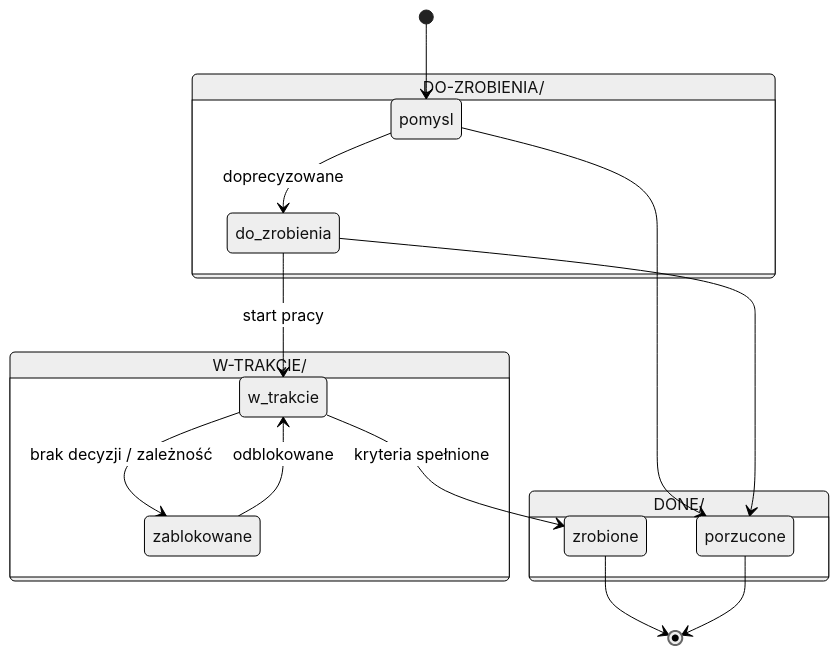
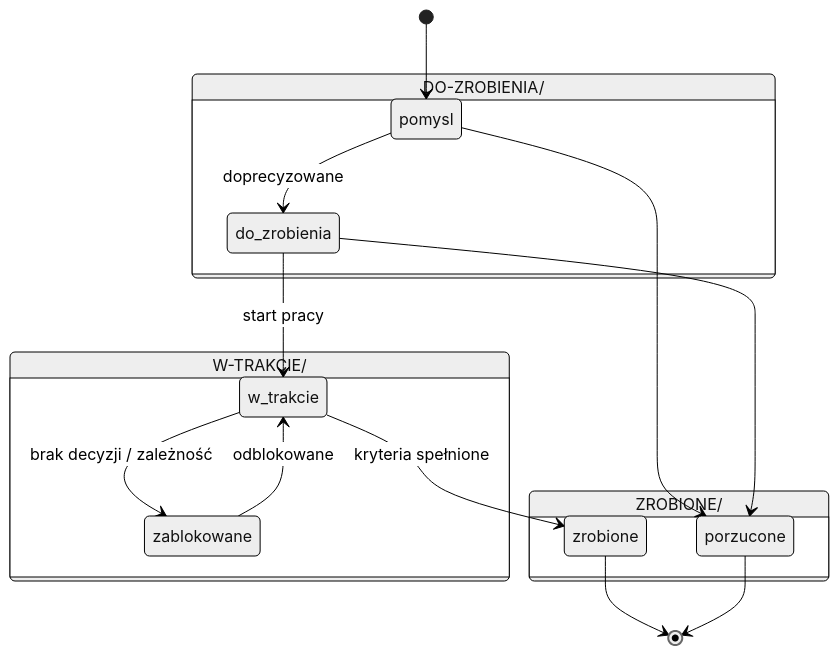
Before and after one commit to DragonKing026/DK-Tracker-Linux: the diagram in docs/procesy/zadania.md, drawn with Mermaid (neutral theme). The commit also changed other lines of this file and 1 other file, not shown here.

Commit message:
docs: foldery statusów TODO (DO-ZROBIENIA/W-TRAKCIE/ZROBIONE) — procesy

````diff
--- a/docs/procesy/zadania.md
+++ b/docs/procesy/zadania.md
@@ -80,25 +80,25 @@
 ```mermaid
 stateDiagram-v2
     state "DO-ZROBIENIA/" as DZ {
         pomysl
         do_zrobienia
     }
     state "W-TRAKCIE/" as WT {
         w_trakcie
         zablokowane
     }
-    state "DONE/" as DN {
+    state "ZROBIONE/" as ZR {
         zrobione
         porzucone
     }
     [*] --> pomysl
     pomysl --> do_zrobienia: doprecyzowane
     do_zrobienia --> w_trakcie: start pracy
     w_trakcie --> zablokowane: brak decyzji / zależność
     zablokowane --> w_trakcie: odblokowane
     w_trakcie --> zrobione: kryteria spełnione
     pomysl --> porzucone
     do_zrobienia --> porzucone
     zrobione --> [*]
     porzucone --> [*]
 ```
````
